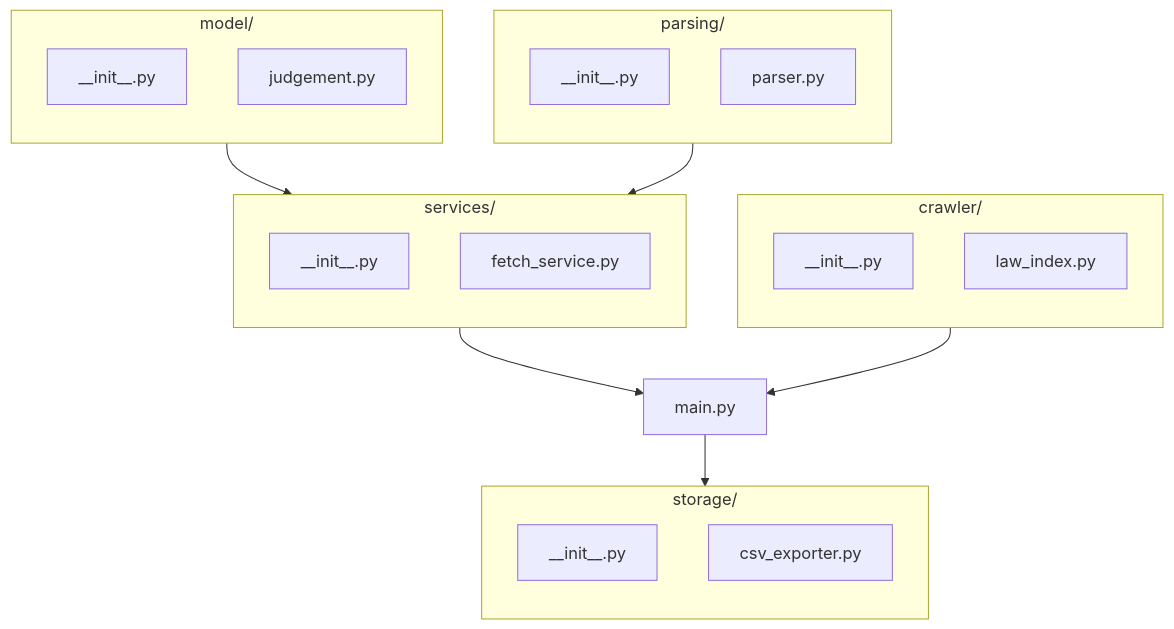
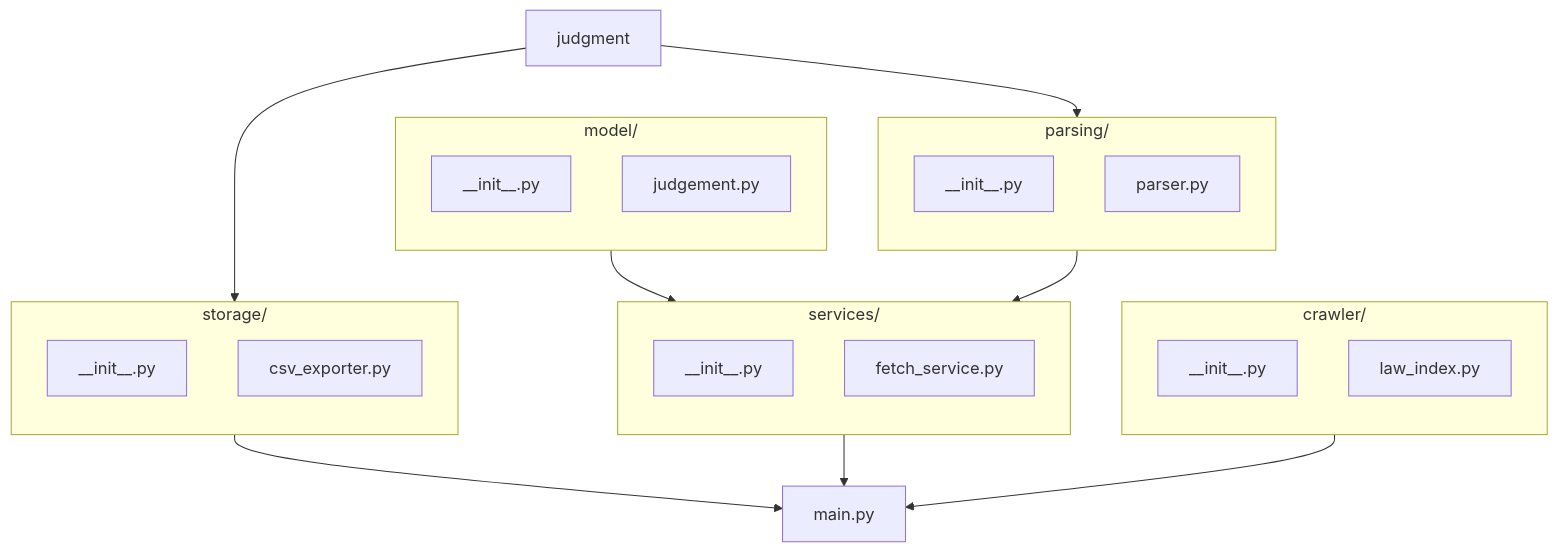
Before and after one commit to royonzioki/engineering-challenge: the first of 3 diagrams in README.md, drawn with Mermaid.

````diff
--- a/README.md
+++ b/README.md
@@ -38,47 +38,49 @@
 ```mermaid
 flowchart TD
     %% Main entry point
     main[main.py]
 
     %% Index Crawler
     subgraph crawler_folder[crawler/]
         direction TB
         crawler_init[__init__.py]
         law_index[law_index.py]
     end
 
     %% Parser
     subgraph parser_folder[parsing/]
         direction TB
         parsing_init[__init__.py]
         parser[parser.py]
     end
 
     %% Model
     subgraph models_folder[model/]
         direction TB
         model_init[__init__.py]
         judgement[judgement.py]
     end
 
     %% Services
     subgraph services_folder[services/]
         direction TB
         services_init[__init__.py]
         fetch_service[fetch_service.py]
     end
 
     %% Exporter
     subgraph exporters_folder[storage/]
         direction TB
         storage_init[__init__.py]
         csv_exporter[csv_exporter.py]
     end
 
     %% Data flow arrows
     law_index --> main
-    parser --> fetch_service 
+    judgment --> parser
+    parser --> fetch_service
     judgement --> fetch_service
-    fetch_service --> main
-    main --> csv_exporter
+    judgment --> csv_exporter
+    csv_exporter --> main
+    fetch_service --> main 
    ```
````
